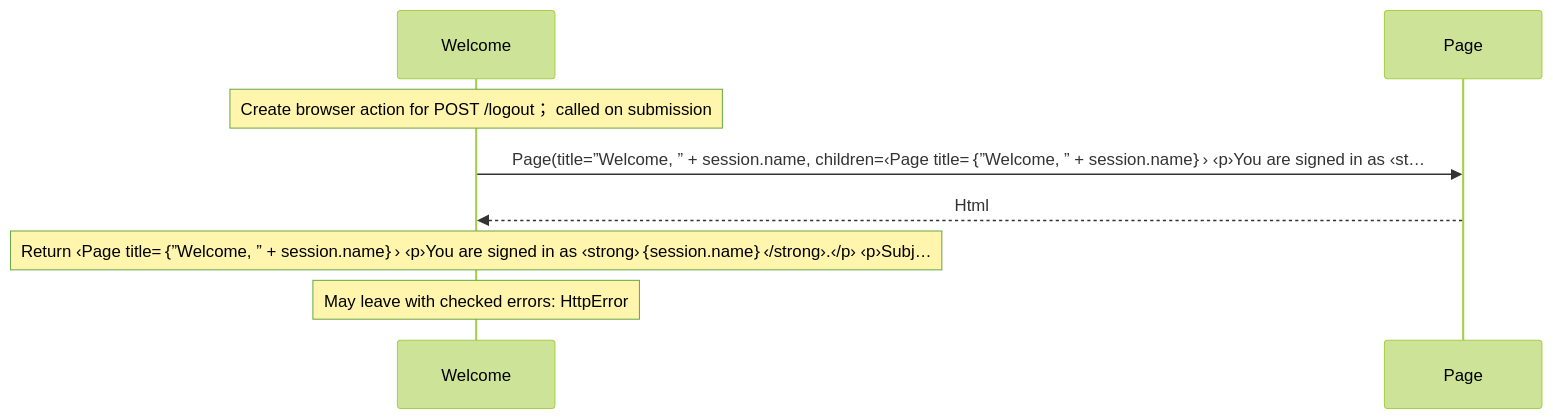
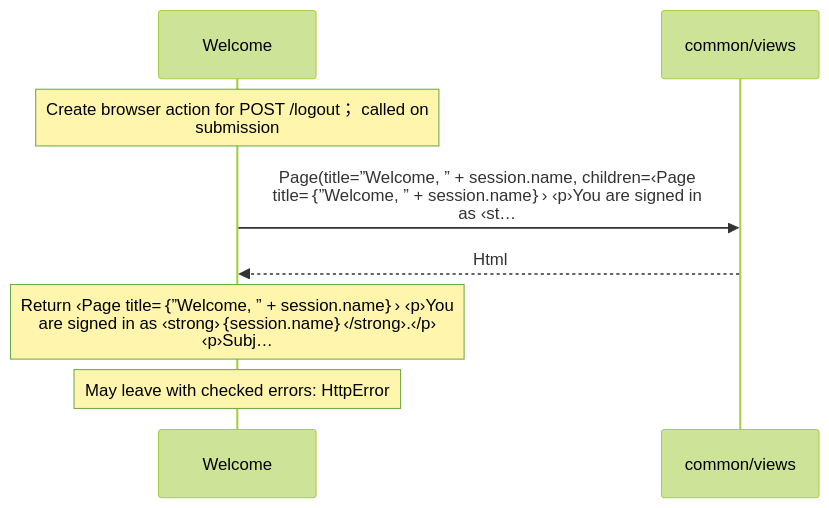
One commit to GreenPandaStudios/augscript changed the third of 3 diagrams in docs/examples/oidc-login/client/views-diagrams.md. Above: the diagram before and after it, drawn with Mermaid (forest theme). The commit also changed other lines of this file and 200 other files, not shown here.

Commit message:
Group imported operations and wrap readable sequence messages

````diff
--- a/docs/examples/oidc-login/client/views-diagrams.md
+++ b/docs/examples/oidc-login/client/views-diagrams.md
@@ -58,10 +58,10 @@
 ```mermaid
 sequenceDiagram
     participant p0 as Welcome
-    participant p1 as Page
-    Note over p0: Create browser action for POST /logout； called on submission
-    p0->>p1: Page(title=”Welcome, ” + session.name, children=‹Page title=｛”Welcome, ” + session.name｝› ‹p›You are signed in as ‹st…
+    participant p1 as common/views
+    Note over p0: Create browser action for POST /logout； called on<br/>submission
+    p0->>p1: Page(title=”Welcome, ” + session.name, children=‹Page<br/>title=｛”Welcome, ” + session.name｝› ‹p›You are signed in<br/>as ‹st…
     p1-->>p0: Html
-    Note over p0: Return ‹Page title=｛”Welcome, ” + session.name｝› ‹p›You are signed in as ‹strong›｛session.name｝‹/strong›.‹/p› ‹p›Subj…
+    Note over p0: Return ‹Page title=｛”Welcome, ” + session.name｝› ‹p›You<br/>are signed in as ‹strong›｛session.name｝‹/strong›.‹/p›<br/>‹p›Subj…
     Note over p0: May leave with checked errors: HttpError
 ```
````
